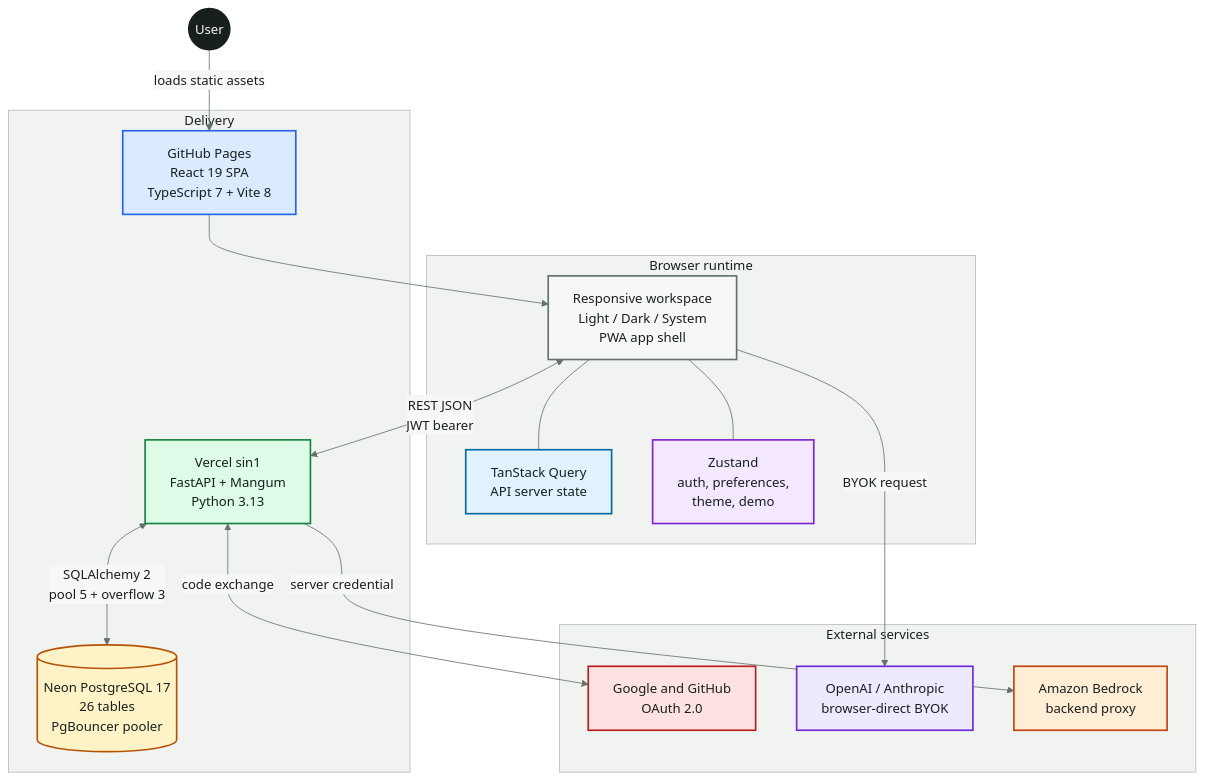
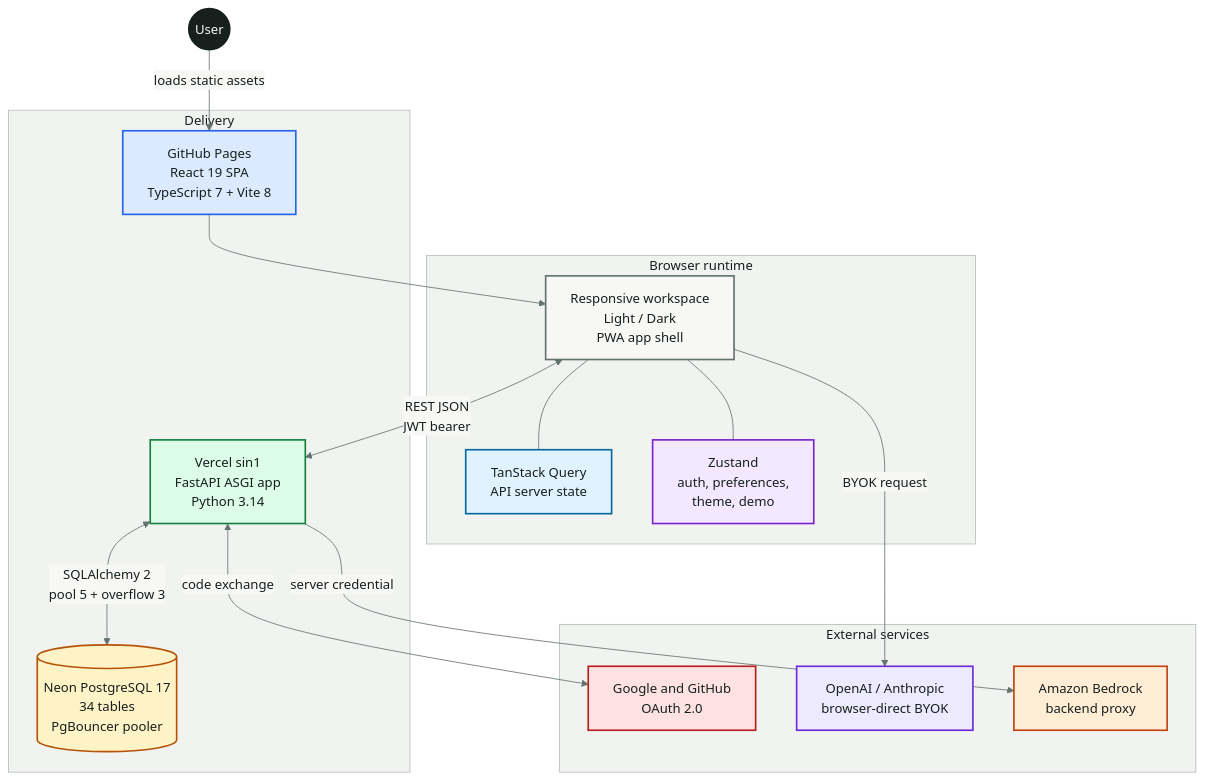
One commit to Sagargupta16/ledger-sync changed the diagram in docs/images/system-overview.mmd. Above: the diagram before and after it, drawn with Mermaid. The commit also changed 343 other files, not shown here.

```diff
--- a/docs/images/system-overview.mmd
+++ b/docs/images/system-overview.mmd
@@ -1,42 +1,42 @@
 %%{init: {'theme': 'base', 'themeVariables': {'fontFamily': 'Arial, sans-serif', 'primaryColor': '#eef2f1', 'primaryTextColor': '#17201d', 'primaryBorderColor': '#63716c', 'lineColor': '#63716c', 'secondaryColor': '#edf2f7', 'tertiaryColor': '#f7f7f5', 'background': '#f7f7f5', 'mainBkg': '#f7f7f5', 'nodeBorder': '#8a9691', 'clusterBkg': '#f1f3f1', 'clusterBorder': '#b5bdb9', 'titleColor': '#17201d', 'edgeLabelBackground': '#f7f7f5'}}}%%
 flowchart TB
     USER((User))
 
     subgraph DELIVERY["Delivery"]
         PAGES["GitHub Pages<br/>React 19 SPA<br/>TypeScript 7 + Vite 8"]
-        VERCEL["Vercel sin1<br/>FastAPI + Mangum<br/>Python 3.13"]
-        NEON[("Neon PostgreSQL 17<br/>26 tables<br/>PgBouncer pooler")]
+        VERCEL["Vercel sin1<br/>FastAPI ASGI app<br/>Python 3.14"]
+        NEON[("Neon PostgreSQL 17<br/>34 tables<br/>PgBouncer pooler")]
     end
 
     subgraph BROWSER["Browser runtime"]
-        APP["Responsive workspace<br/>Light / Dark / System<br/>PWA app shell"]
+        APP["Responsive workspace<br/>Light / Dark<br/>PWA app shell"]
         QUERY["TanStack Query<br/>API server state"]
         STORES["Zustand<br/>auth, preferences,<br/>theme, demo"]
         APP --- QUERY
         APP --- STORES
     end
 
     subgraph EXTERNAL["External services"]
         OAUTH["Google and GitHub<br/>OAuth 2.0"]
         AI["OpenAI / Anthropic<br/>browser-direct BYOK"]
         BEDROCK["Amazon Bedrock<br/>backend proxy"]
     end
 
     USER -->|loads static assets| PAGES
     PAGES --> APP
     APP <-->|REST JSON<br/>JWT bearer| VERCEL
     VERCEL <-->|SQLAlchemy 2<br/>pool 5 + overflow 3| NEON
     VERCEL <-->|code exchange| OAUTH
     APP -->|BYOK request| AI
     VERCEL -->|server credential| BEDROCK
 
     style USER fill:#17201d,color:#f7f7f5,stroke:#17201d,stroke-width:2px
     style PAGES fill:#dbeafe,color:#17201d,stroke:#2563eb,stroke-width:2px
     style VERCEL fill:#dcfce7,color:#17201d,stroke:#15803d,stroke-width:2px
     style NEON fill:#fef3c7,color:#17201d,stroke:#b45309,stroke-width:2px
     style APP fill:#f7f7f5,color:#17201d,stroke:#63716c,stroke-width:2px
     style QUERY fill:#e0f2fe,color:#17201d,stroke:#0369a1,stroke-width:2px
     style STORES fill:#f3e8ff,color:#17201d,stroke:#7e22ce,stroke-width:2px
     style OAUTH fill:#fee2e2,color:#17201d,stroke:#b91c1c,stroke-width:2px
     style AI fill:#ede9fe,color:#17201d,stroke:#6d28d9,stroke-width:2px
     style BEDROCK fill:#ffedd5,color:#17201d,stroke:#c2410c,stroke-width:2px
```
